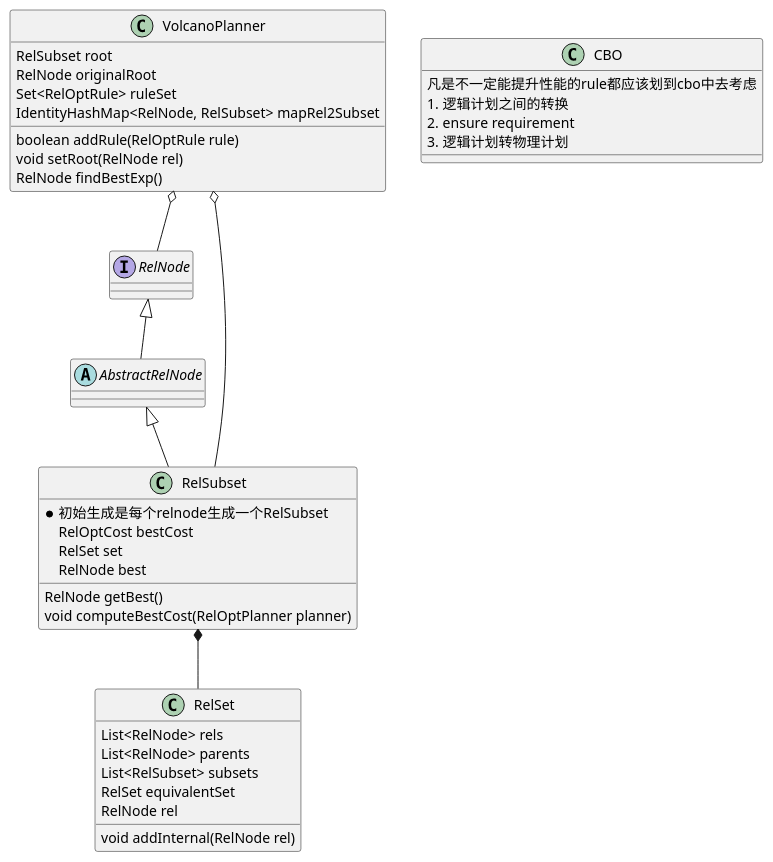
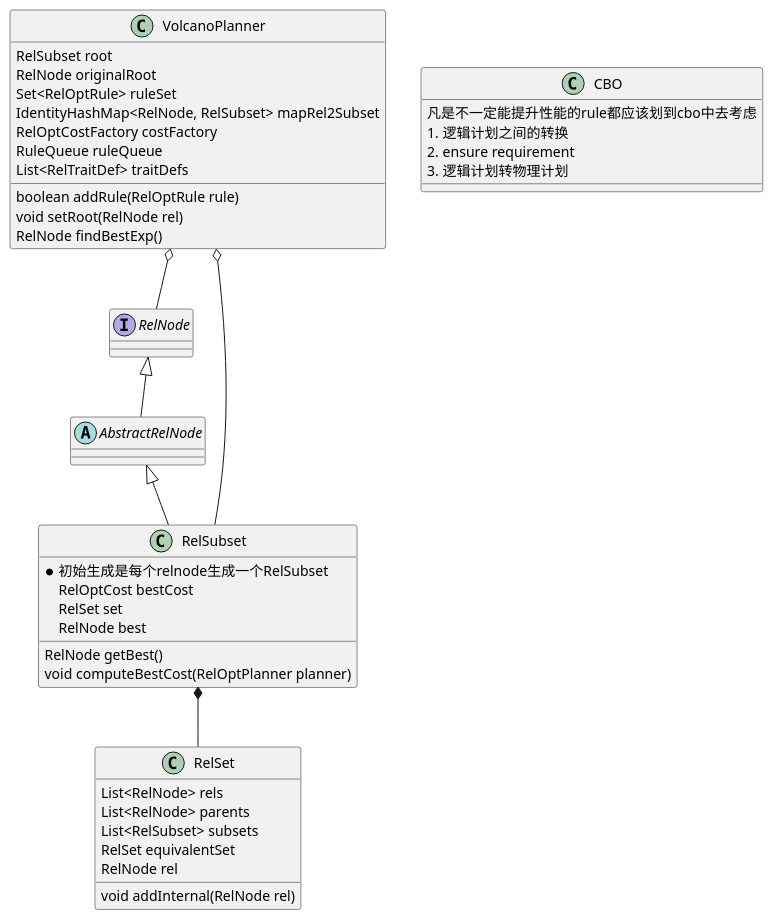
Before and after one commit to scwf/calcite: the diagram in CBOClass.puml, drawn with PlantUML. The commit also changed 1 other file, not shown here.

```diff
--- a/CBOClass.puml
+++ b/CBOClass.puml
@@ -1,48 +1,51 @@
 @startuml
 
 interface RelNode
 abstract AbstractRelNode
 
 RelNode <|-- AbstractRelNode
 AbstractRelNode <|-- RelSubset
 RelSubset *-- RelSet
 VolcanoPlanner o-- RelSubset
 VolcanoPlanner o-- RelNode
 
 class RelSubset {
 *初始生成是每个relnode生成一个RelSubset
 RelOptCost bestCost
 RelSet set
 RelNode best
 RelNode getBest()
 void computeBestCost(RelOptPlanner planner)
 }
 
 class RelSet {
 List<RelNode> rels
 List<RelNode> parents
 List<RelSubset> subsets
 RelSet equivalentSet
 RelNode rel
 void addInternal(RelNode rel)
 }
 
 class VolcanoPlanner {
   RelSubset root
   RelNode originalRoot
   Set<RelOptRule> ruleSet
   IdentityHashMap<RelNode, RelSubset> mapRel2Subset
+  RelOptCostFactory costFactory
+  RuleQueue ruleQueue
+  List<RelTraitDef> traitDefs
 
   boolean addRule(RelOptRule rule)
   void setRoot(RelNode rel)
   RelNode findBestExp()
 }
 
 class CBO {
   凡是不一定能提升性能的rule都应该划到cbo中去考虑
   1. 逻辑计划之间的转换
   2. ensure requirement
   3. 逻辑计划转物理计划
 }
 
 @enduml
```
